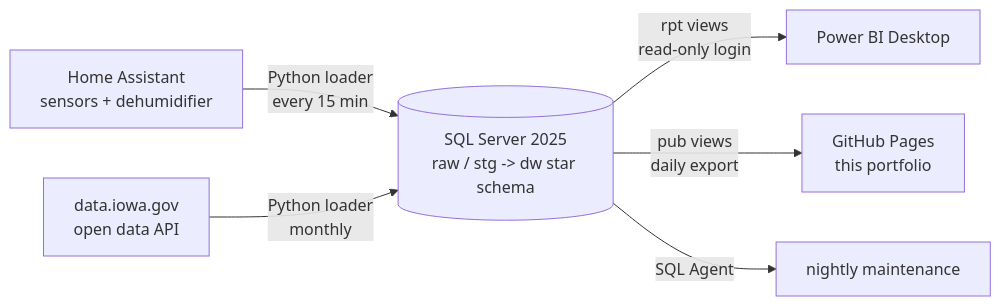
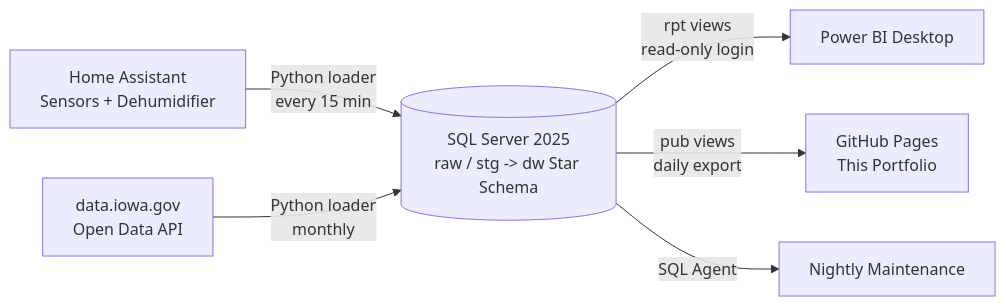
One commit to rcammerata/data-portfolio changed the diagram in README.md. Above: the diagram before and after it, drawn with Mermaid. The commit also changed other lines of this file and 7 other files, not shown here.

````diff
--- a/README.md
+++ b/README.md
@@ -16,8 +16,8 @@
 ```mermaid
 flowchart LR
-    HA[Home Assistant<br/>sensors + dehumidifier] -->|Python loader<br/>every 15 min| SQL
-    IA[data.iowa.gov<br/>open data API] -->|Python loader<br/>monthly| SQL
-    SQL[(SQL Server 2025<br/>raw / stg -> dw star schema)] -->|rpt views<br/>read-only login| PBI[Power BI Desktop]
-    SQL -->|pub views<br/>daily export| GH[GitHub Pages<br/>this portfolio]
-    SQL -->|SQL Agent| JOB[nightly maintenance]
+    HA[Home Assistant<br/>Sensors + Dehumidifier] -->|Python loader<br/>every 15 min| SQL
+    IA[data.iowa.gov<br/>Open Data API] -->|Python loader<br/>monthly| SQL
+    SQL[(SQL Server 2025<br/>raw / stg -> dw Star Schema)] -->|rpt views<br/>read-only login| PBI[Power BI Desktop]
+    SQL -->|pub views<br/>daily export| GH[GitHub Pages<br/>This Portfolio]
+    SQL -->|SQL Agent| JOB[Nightly Maintenance]
 ```
````
